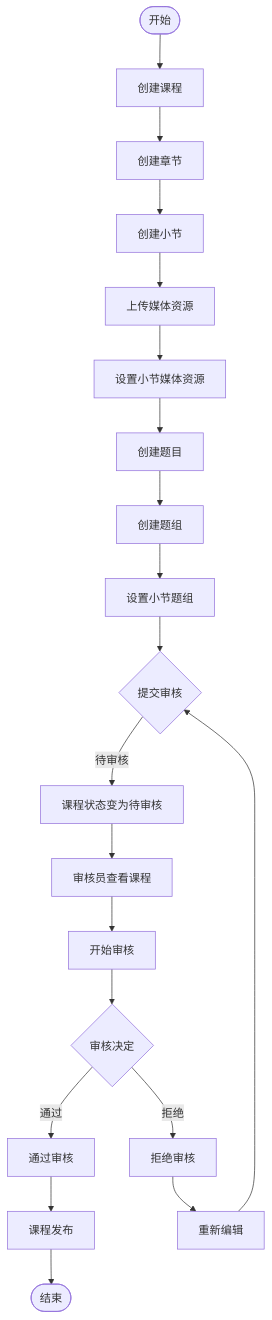
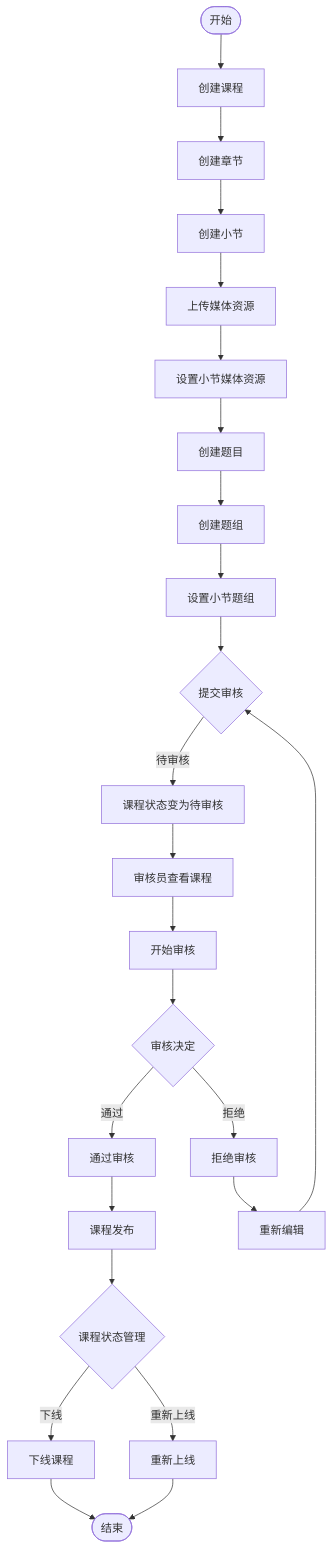
Before and after one commit to michealmachine/course: the second of 11 diagrams in docs/当前进度描述.md, drawn with Mermaid. The commit also changed other lines of this file and 5 other files, not shown here.

````diff
--- a/docs/当前进度描述.md
+++ b/docs/当前进度描述.md
@@ -90,27 +118,32 @@
 ```mermaid
 flowchart TB
     Start([开始]) --> CreateCourse[创建课程]
     CreateCourse --> CreateChapter[创建章节]
     CreateChapter --> CreateSection[创建小节]
     CreateSection --> UploadMedia[上传媒体资源]
     UploadMedia --> SetMediaResource[设置小节媒体资源]
     
     SetMediaResource --> CreateQuestions[创建题目]
     CreateQuestions --> CreateQuestionGroup[创建题组]
     CreateQuestionGroup --> SetQuestionGroup[设置小节题组]
     
     SetQuestionGroup --> SubmitReview{提交审核}
     SubmitReview -->|待审核| PendingReview[课程状态变为待审核]
     PendingReview --> ReviewerCheck[审核员查看课程]
     
     ReviewerCheck --> StartReview[开始审核]
     StartReview --> ReviewDecision{审核决定}
     ReviewDecision -->|通过| ApproveProcess[通过审核]
     ReviewDecision -->|拒绝| RejectProcess[拒绝审核]
     
     ApproveProcess --> PublishCourse[课程发布]
     RejectProcess --> ReeditCourse[重新编辑]
     ReeditCourse --> SubmitReview
     
-    PublishCourse --> End([结束])
+    PublishCourse --> CourseStatus{课程状态管理}
+    CourseStatus -->|下线| UnpublishCourse[下线课程]
+    CourseStatus -->|重新上线| RepublishCourse[重新上线]
+    
+    UnpublishCourse --> End([结束])
+    RepublishCourse --> End
 ```
````
